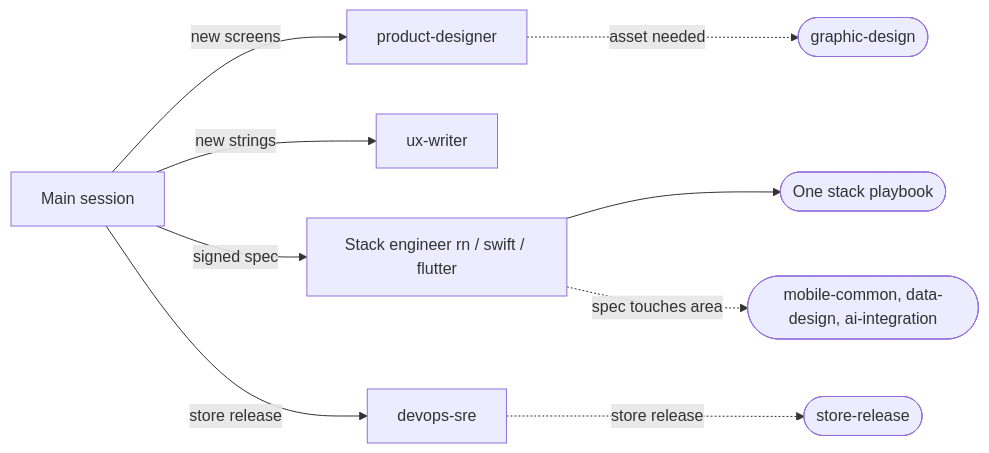
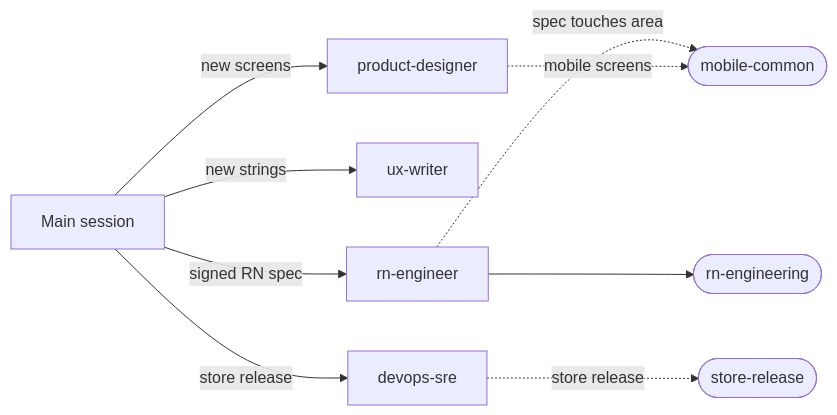
Before and after one commit to GktuOktay/claude-agency-v2: the first of 2 diagrams in specs/draft/0008-team-expansion.md, drawn with Mermaid. The commit also changed other lines of this file, not shown here.

Commit message:
docs(team): spec 0008 rev 5 after spec 0004 shipped: phases 1a and 1b only, D2 is spec 0010

````diff
--- a/specs/draft/0008-team-expansion.md
+++ b/specs/draft/0008-team-expansion.md
@@ -118,12 +114,12 @@
 ```mermaid
 %% Question: who calls whom, and which playbook is read when? (solid = unit started / preloaded; dotted = read only when the spec touches the area; rounded = playbook)
 flowchart LR
   M[Main session] -->|new screens| PD[product-designer]
   M -->|new strings| UW[ux-writer]
-  M -->|signed spec| SE[Stack engineer rn / swift / flutter]
+  M -->|signed RN spec| SE[rn-engineer]
   M -->|store release| DO[devops-sre]
-  SE --> SP([One stack playbook])
-  SE -.->|spec touches area| OD(["mobile-common, data-design, ai-integration"])
+  SE --> SP([rn-engineering])
+  SE -.->|spec touches area| OD([mobile-common])
   DO -.->|store release| SR([store-release])
-  PD -.->|asset needed| GD([graphic-design])
+  PD -.->|mobile screens| OD
 ```
````
